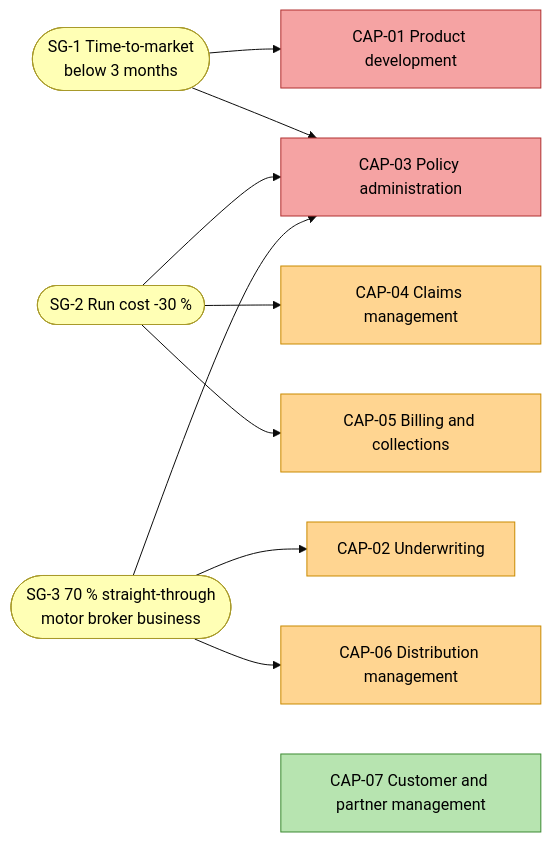
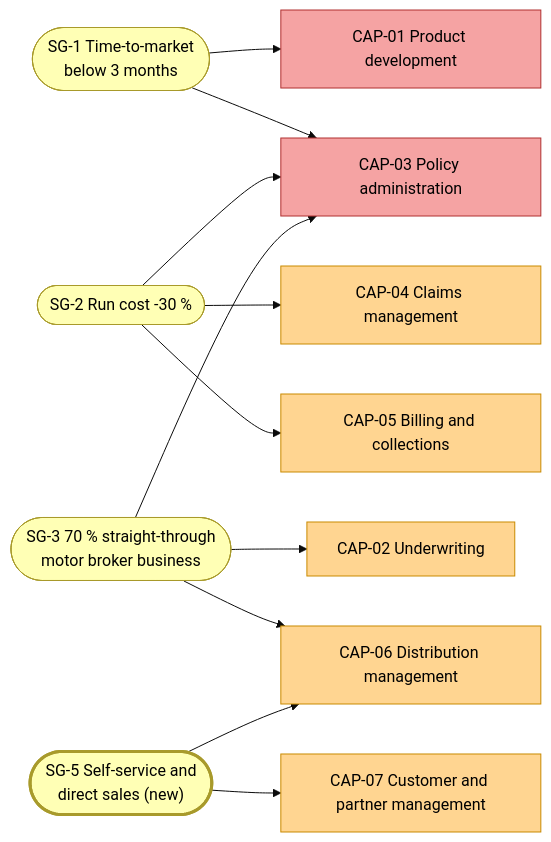
The first of 4 diagrams in docs/architecture/blueprints/example/01-enterprise-blueprint-aurora.md (ArthurNeudeck/neudeck.gihub.io), drawn with Mermaid (base theme) before and after one commit. The commit also changed other lines of this file and 23 other files, not shown here.

````diff
--- a/docs/architecture/blueprints/example/01-enterprise-blueprint-aurora.md
+++ b/docs/architecture/blueprints/example/01-enterprise-blueprint-aurora.md
@@ -33,32 +34,35 @@
 ```mermaid
 flowchart LR
   SG1(["SG-1 Time-to-market<br/>below 3 months"]):::biz
   SG2(["SG-2 Run cost -30 %"]):::biz
   SG3(["SG-3 70 % straight-through<br/>motor broker business"]):::biz
   CAP01["CAP-01 Product development"]:::red
   CAP03["CAP-03 Policy administration"]:::red
   CAP02["CAP-02 Underwriting"]:::amber
   CAP04["CAP-04 Claims management"]:::amber
   CAP05["CAP-05 Billing and collections"]:::amber
   CAP06["CAP-06 Distribution management"]:::amber
-  CAP07["CAP-07 Customer and partner management"]:::green
+  SG5(["SG-5 Self-service and<br/>direct sales (new)"]):::newbiz
+  CAP07["CAP-07 Customer and partner management"]:::amber
   SG1 --> CAP01
   SG1 --> CAP03
   SG2 --> CAP03
   SG2 --> CAP04
   SG2 --> CAP05
   SG3 --> CAP02
   SG3 --> CAP03
   SG3 --> CAP06
-  SG3 ~~~ CAP07
+  SG5 --> CAP06
+  SG5 --> CAP07
+  classDef newbiz fill:#ffffb5,stroke:#a89a2b,stroke-width:3px,color:#000
   classDef app fill:#b5ffff,stroke:#2a7f8f,color:#000
   classDef biz fill:#ffffb5,stroke:#a89a2b,color:#000
   classDef tech fill:#c9e7b7,stroke:#4b7f3a,color:#000
   classDef ext fill:#eeeeee,stroke:#888,color:#000
   classDef red fill:#f5a3a3,stroke:#b03030,color:#000
   classDef amber fill:#ffd591,stroke:#c98a00,color:#000
   classDef green fill:#b7e4b0,stroke:#3c8a32,color:#000
   classDef temp fill:#ffffff,stroke:#888,stroke-dasharray:5 5,color:#000
   classDef legacy fill:#dddddd,stroke:#777,color:#444
   classDef new fill:#b5ffff,stroke:#1d6fa5,stroke-width:3px,color:#000
 ```
````
